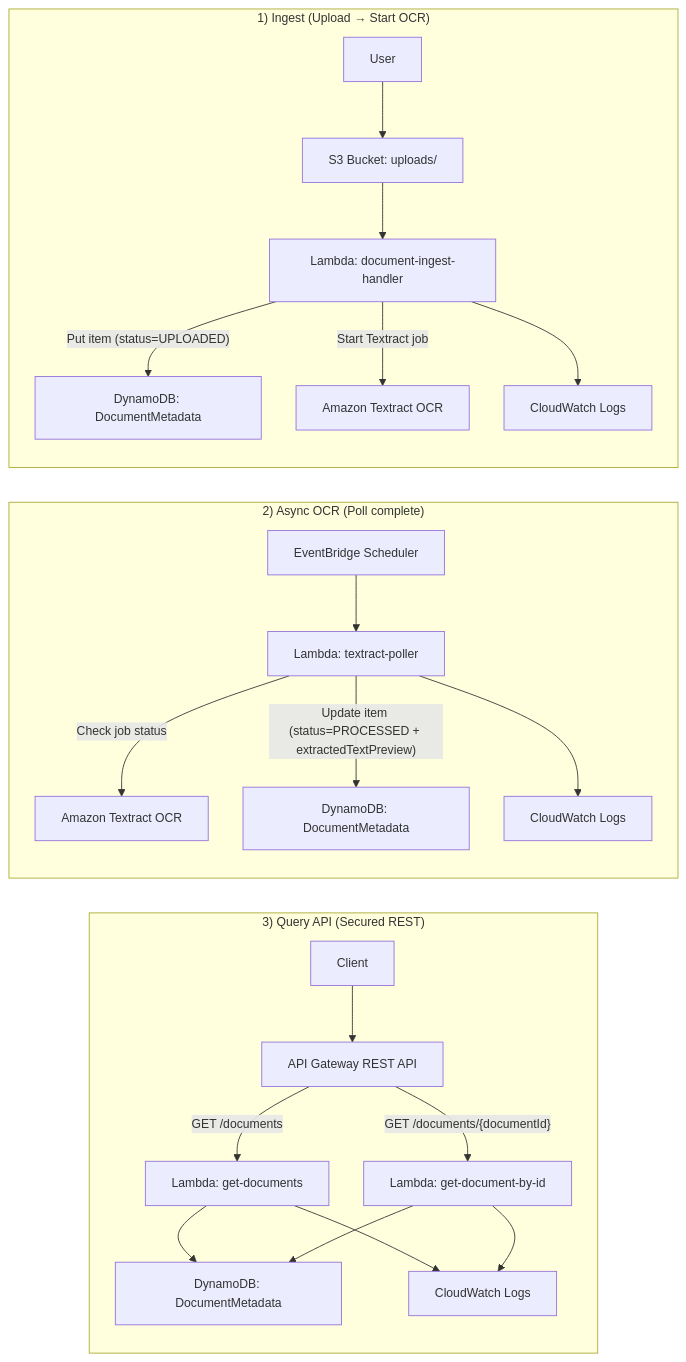
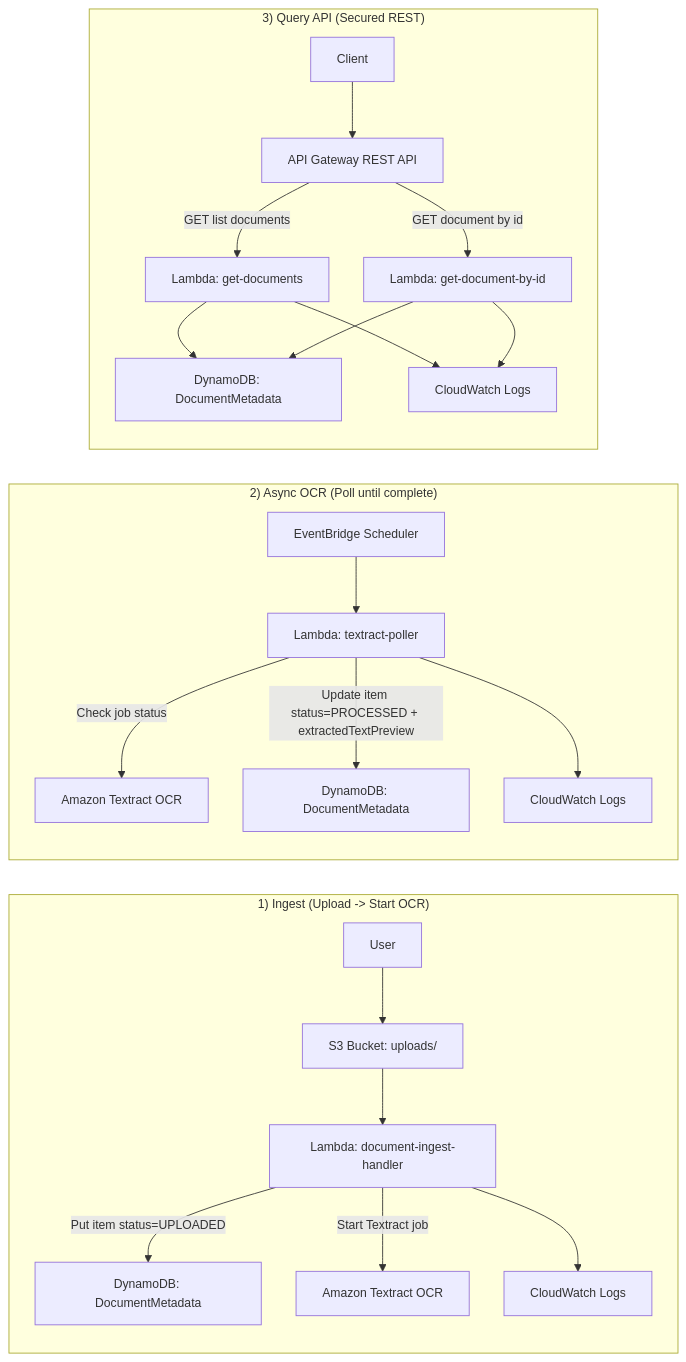
Before and after one commit to YogithR/Serverless-Document-Processing-Pipeline-AWS-: the diagram in README.md, drawn with Mermaid. The commit also changed other lines of this file, not shown here.

````diff
--- a/README.md
+++ b/README.md
@@ -12,32 +16,32 @@
 ```mermaid
 %%{init: {"flowchart": {"nodeSpacing": 40, "rankSpacing": 40, "curve": "basis"}, "themeVariables": {"fontSize": "14px"}} }%%
-flowchart LR
+flowchart LR;
 
-subgraph API["3) Query API (Secured REST)"]
-direction TB
-C[Client] --> APIGW["API Gateway REST API"]
-APIGW -->|"GET /documents"| L3["Lambda: get-documents"]
-APIGW -->|"GET /documents/{documentId}"| L4["Lambda: get-document-by-id"]
-L3 --> DDB3["DynamoDB: DocumentMetadata"]
-L4 --> DDB3
-L3 --> CW3["CloudWatch Logs"]
-L4 --> CW3
-end
+subgraph ING["1) Ingest (Upload -> Start OCR)"];
+direction TB;
+U[User] --> S3["S3 Bucket: uploads/"];
+S3 --> L1["Lambda: document-ingest-handler"];
+L1 -->|"Put item status=UPLOADED"| DDB1["DynamoDB: DocumentMetadata"];
+L1 -->|"Start Textract job"| TX1["Amazon Textract OCR"];
+L1 --> CW1["CloudWatch Logs"];
+end;
 
-subgraph ASYNC["2) Async OCR (Poll complete)"]
-direction TB
-EB["EventBridge Scheduler"] --> L2["Lambda: textract-poller"]
-L2 -->|"Check job status"| TX2["Amazon Textract OCR"]
-L2 -->|"Update item (status=PROCESSED + extractedTextPreview)"| DDB2["DynamoDB: DocumentMetadata"]
-L2 --> CW2["CloudWatch Logs"]
-end
+subgraph ASYNC["2) Async OCR (Poll until complete)"];
+direction TB;
+EB["EventBridge Scheduler"] --> L2["Lambda: textract-poller"];
+L2 -->|"Check job status"| TX2["Amazon Textract OCR"];
+L2 -->|"Update item status=PROCESSED + extractedTextPreview"| DDB2["DynamoDB: DocumentMetadata"];
+L2 --> CW2["CloudWatch Logs"];
+end;
 
-subgraph ING["1) Ingest (Upload → Start OCR)"]
-direction TB
-U[User] --> S3["S3 Bucket: uploads/"]
-S3 --> L1["Lambda: document-ingest-handler"]
-L1 -->|"Put item (status=UPLOADED)"| DDB1["DynamoDB: DocumentMetadata"]
-L1 -->|"Start Textract job"| TX1["Amazon Textract OCR"]
-L1 --> CW1["CloudWatch Logs"]
-end
+subgraph API["3) Query API (Secured REST)"];
+direction TB;
+C[Client] --> APIGW["API Gateway REST API"];
+APIGW -->|"GET list documents"| L3["Lambda: get-documents"];
+APIGW -->|"GET document by id"| L4["Lambda: get-document-by-id"];
+L3 --> DDB3["DynamoDB: DocumentMetadata"];
+L4 --> DDB3;
+L3 --> CW3["CloudWatch Logs"];
+L4 --> CW3;
+end;
 ```
````
